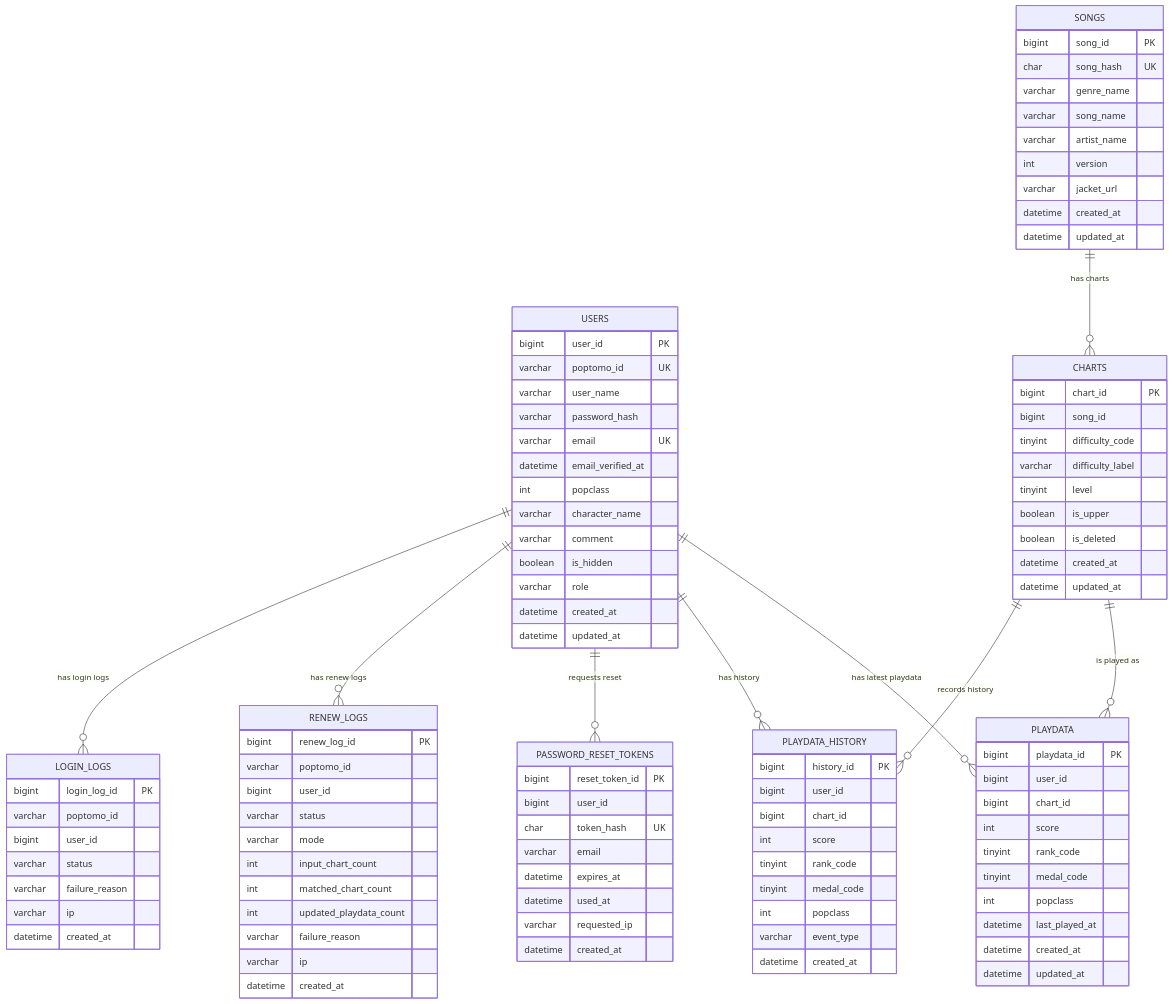
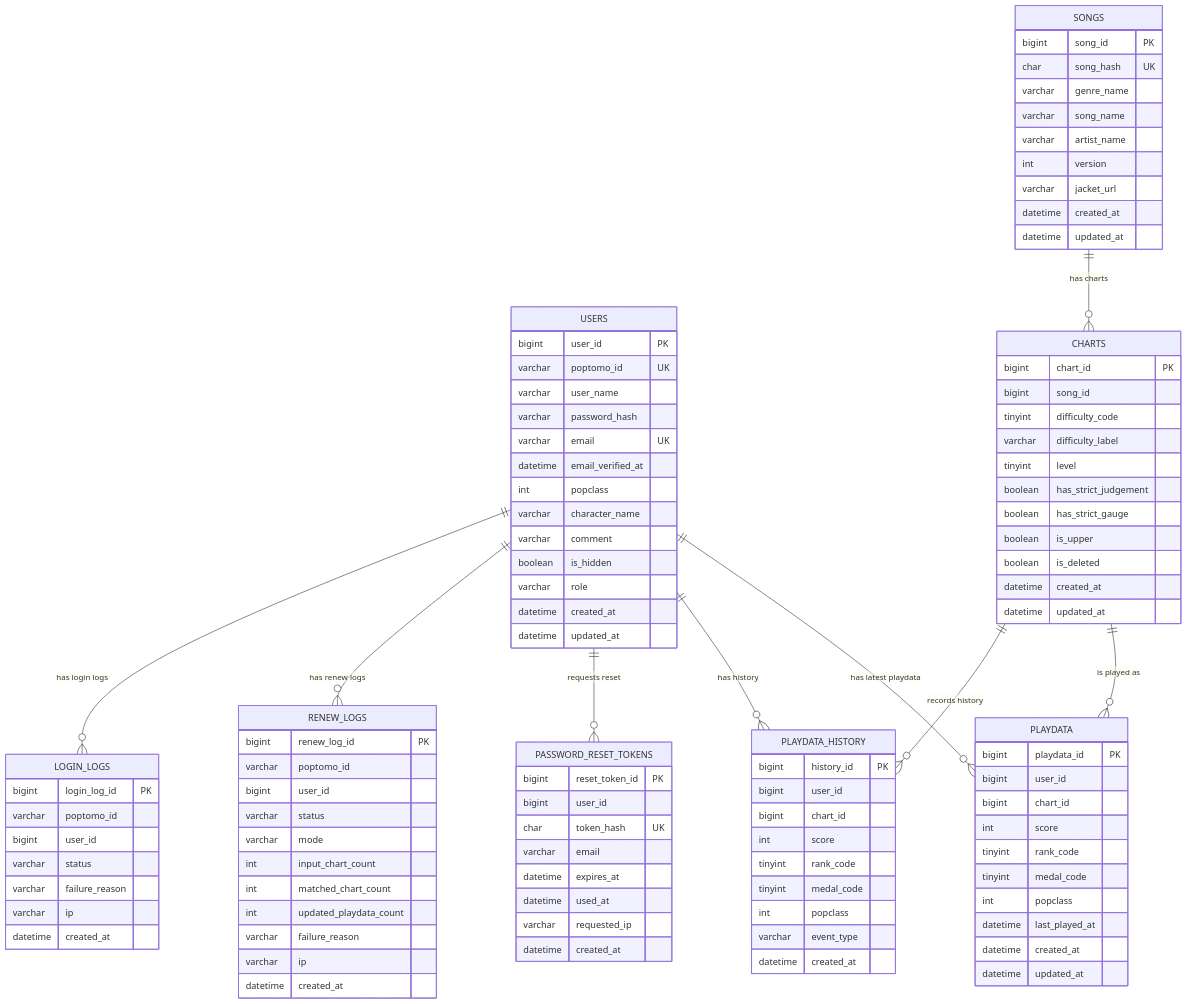
The diagram in docs/mvp-db-design.md (popngg/popngg-docs), drawn with Mermaid before and after one commit. The commit also changed other lines of this file and 13 other files, not shown here.

```diff
--- a/docs/mvp-db-design.md
+++ b/docs/mvp-db-design.md
@@ -92,6 +92,8 @@
         tinyint difficulty_code
         varchar difficulty_label
         tinyint level
+        boolean has_strict_judgement
+        boolean has_strict_gauge
         boolean is_upper
         boolean is_deleted
         datetime created_at
```
